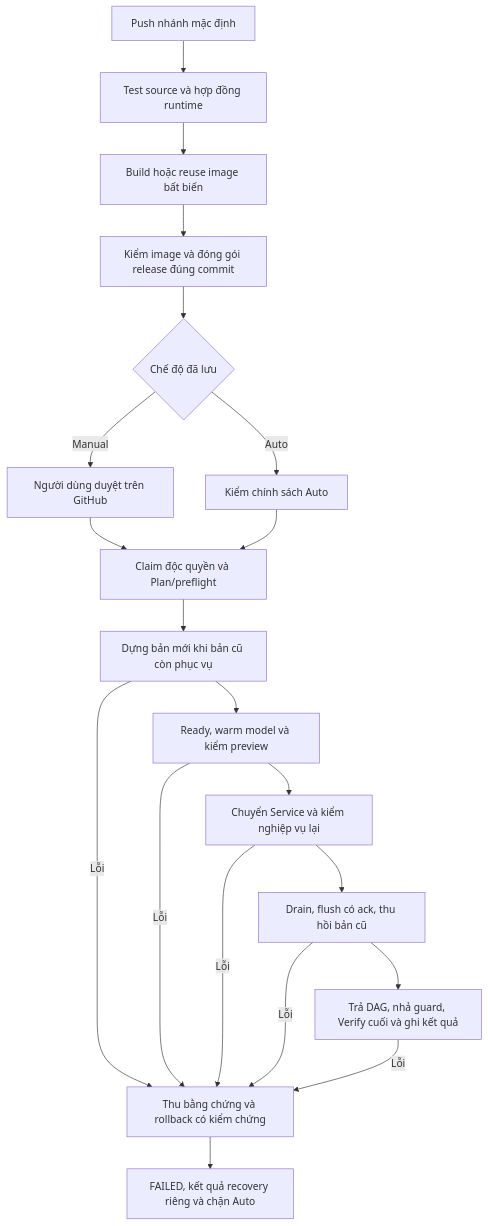
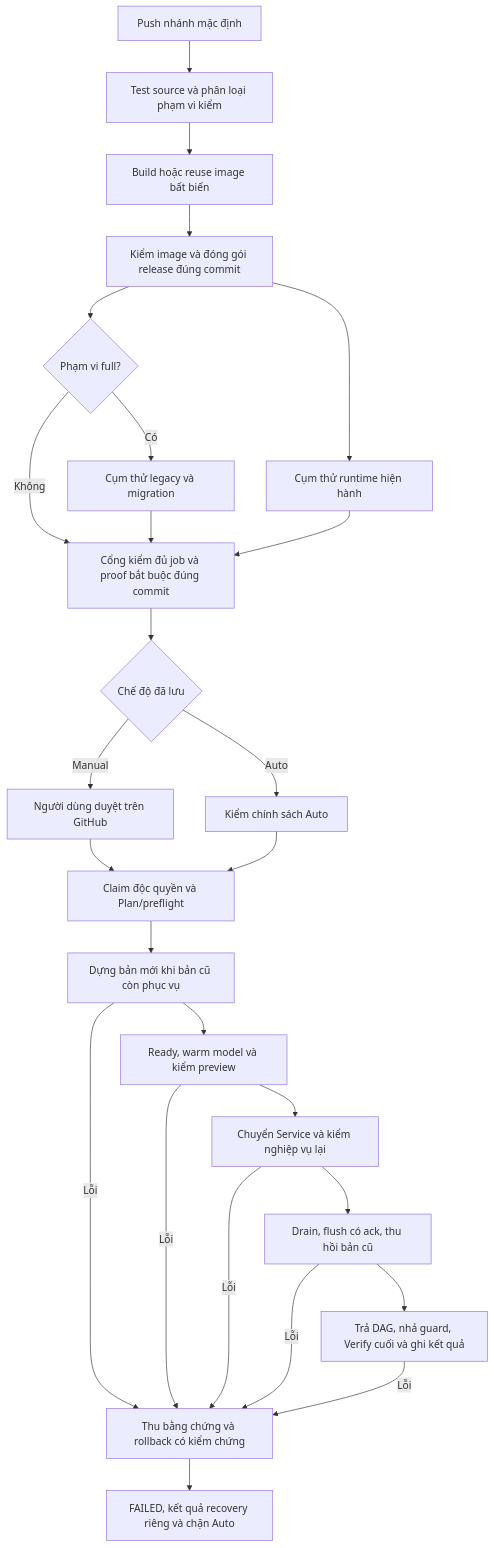
One commit to Phuctt205dev/adaptive-mlops-traffic-forecast-self-research-NT114.Q21 changed the diagram in docs/guides/CICD_UNIFIED_FLOW.md. Above: the diagram before and after it, drawn with Mermaid. The commit also changed other lines of this file, not shown here.

````diff
--- a/docs/guides/CICD_UNIFIED_FLOW.md
+++ b/docs/guides/CICD_UNIFIED_FLOW.md
@@ -15,22 +16,28 @@
 ```mermaid
 flowchart TD
-    A[Push nhánh mặc định] --> B[Test source và hợp đồng runtime]
+    A[Push nhánh mặc định] --> B[Test source và phân loại phạm vi kiểm]
     B --> C[Build hoặc reuse image bất biến]
     C --> D[Kiểm image và đóng gói release đúng commit]
-    D --> E{Chế độ đã lưu}
+    D --> T[Cụm thử runtime hiện hành]
+    D --> Q{Phạm vi full?}
+    Q -->|Có| U[Cụm thử legacy và migration]
+    Q -->|Không| V[Cổng kiểm đủ job và proof bắt buộc đúng commit]
+    U --> V
+    T --> V
+    V --> E{Chế độ đã lưu}
     E -->|Manual| F[Người dùng duyệt trên GitHub]
     E -->|Auto| G[Kiểm chính sách Auto]
     F --> H[Claim độc quyền và Plan/preflight]
     G --> H
     H --> I[Dựng bản mới khi bản cũ còn phục vụ]
     I --> J[Ready, warm model và kiểm preview]
     J --> K[Chuyển Service và kiểm nghiệp vụ lại]
     K --> L[Drain, flush có ack, thu hồi bản cũ]
     L --> M[Trả DAG, nhả guard, Verify cuối và ghi kết quả]
     I -->|Lỗi| R[Thu bằng chứng và rollback có kiểm chứng]
     J -->|Lỗi| R
     K -->|Lỗi| R
     L -->|Lỗi| R
     M -->|Lỗi| R
     R --> S[FAILED, kết quả recovery riêng và chặn Auto]
 ```
````
